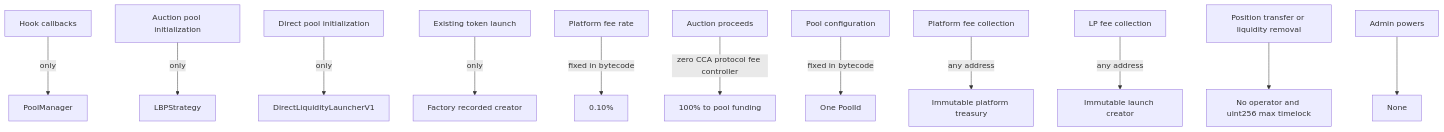
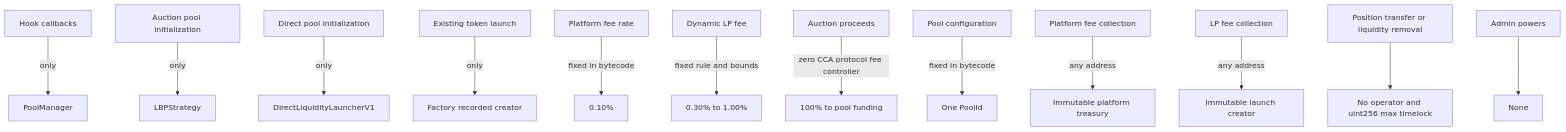
Before and after one commit to 0xprogrammable/PROGRAMMABLE: the second of 2 diagrams in contracts/security/diagrams/architecture.md, drawn with Mermaid. The commit also changed other lines of this file and 32 other files, not shown here.

Commit message:
feat: add bounded dynamic fee auction

````diff
--- a/contracts/security/diagrams/architecture.md
+++ b/contracts/security/diagrams/architecture.md
@@ -47,14 +52,15 @@
 ```mermaid
 flowchart TD
     PoolCallback[Hook callbacks] -->|only| PoolManager
     AuctionInitialization[Auction pool initialization] -->|only| LBPStrategy
     DirectInitialization[Direct pool initialization] -->|only| DirectLiquidityLauncherV1
     ExistingTokenLaunch[Existing token launch] -->|only| FactoryRecordedCreator[Factory recorded creator]
     FeeRate[Platform fee rate] -->|fixed in bytecode| TenBp[0.10%]
+    DynamicRate[Dynamic LP fee] -->|fixed rule and bounds| Bounded[0.30% to 1.00%]
     AuctionProceeds[Auction proceeds] -->|zero CCA protocol fee controller| PoolFunding[100% to pool funding]
     PoolConfig[Pool configuration] -->|fixed in bytecode| PoolId[One PoolId]
     PlatformCollection[Platform fee collection] -->|any address| Treasury[Immutable platform treasury]
     LPCollection[LP fee collection] -->|any address| Creator[Immutable launch creator]
     PositionControl[Position transfer or liquidity removal] --> Locked[No operator and uint256 max timelock]
     Admin[Admin powers] --> None[None]
 ```
````
